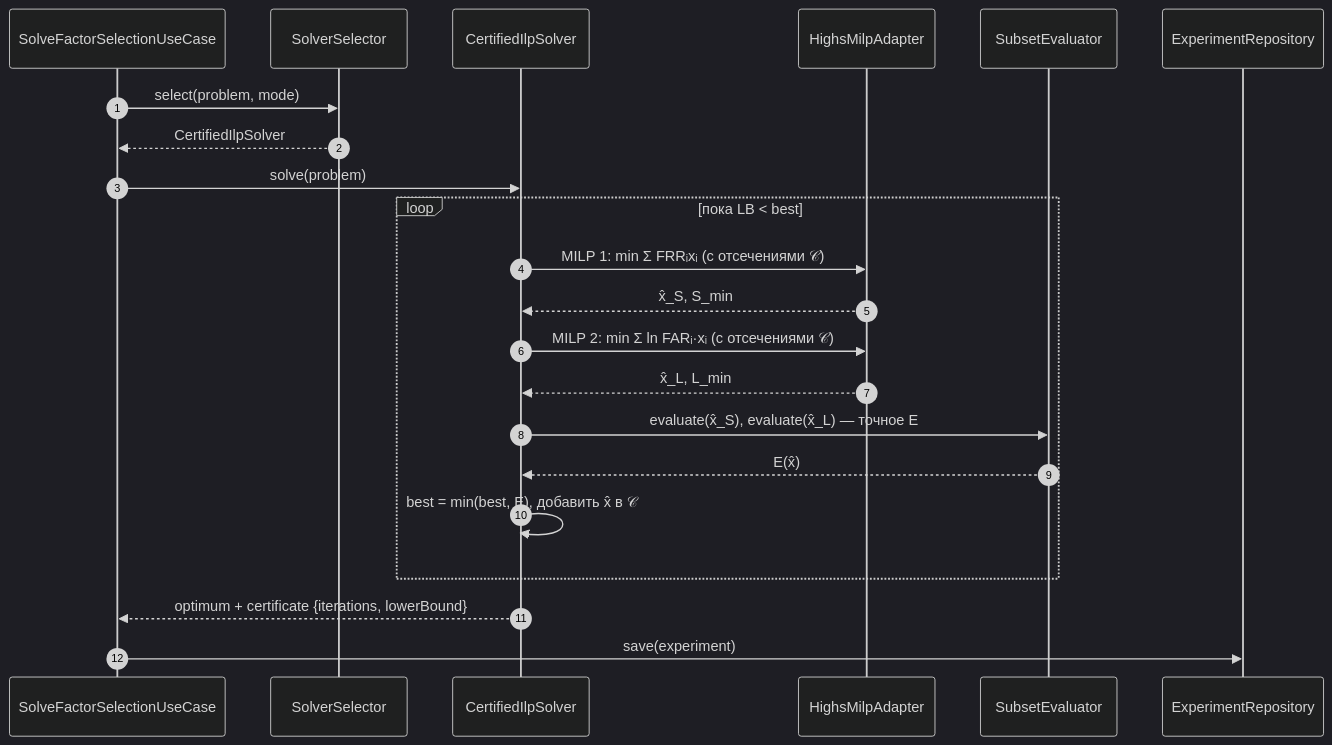
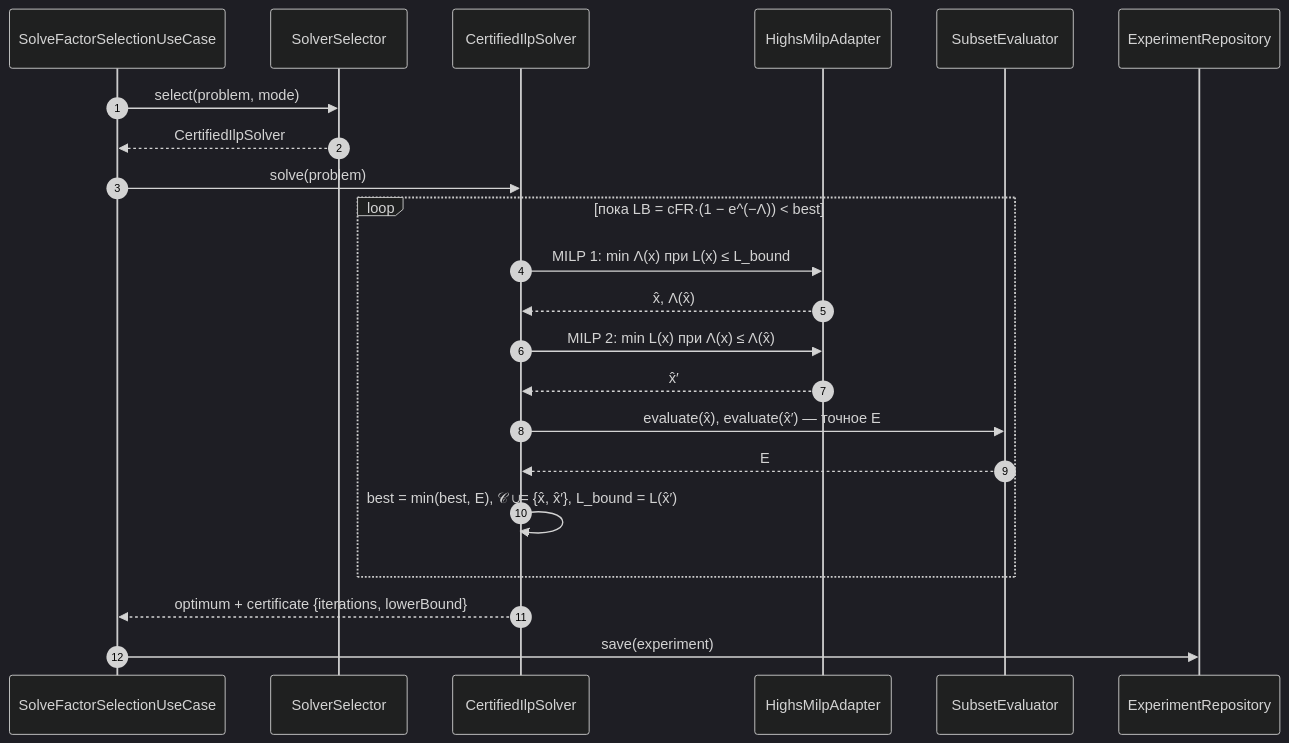
The eighth of 9 diagrams in docs/03-architecture.md (DcNi3L/bioauth-optimizer), drawn with Mermaid (dark theme) before and after one commit. The commit also changed other lines of this file and 16 other files, not shown here.

````diff
--- a/docs/03-architecture.md
+++ b/docs/03-architecture.md
@@ -309,24 +309,24 @@
 ```mermaid
 sequenceDiagram
   autonumber
   participant UC as SolveFactorSelectionUseCase
   participant SS as SolverSelector
   participant S as CertifiedIlpSolver
   participant M as HighsMilpAdapter
   participant E as SubsetEvaluator
   participant R as ExperimentRepository
   UC->>SS: select(problem, mode)
   SS-->>UC: CertifiedIlpSolver
   UC->>S: solve(problem)
-  loop пока LB < best
-    S->>M: MILP 1: min Σ FRRᵢxᵢ (с отсечениями 𝒞)
-    M-->>S: x̂_S, S_min
-    S->>M: MILP 2: min Σ ln FARᵢ·xᵢ (с отсечениями 𝒞)
-    M-->>S: x̂_L, L_min
-    S->>E: evaluate(x̂_S), evaluate(x̂_L) — точное E
-    E-->>S: E(x̂)
-    S->>S: best = min(best, E), добавить x̂ в 𝒞
+  loop пока LB = cFR·(1 − e^(−Λ)) < best
+    S->>M: MILP 1: min Λ(x) при L(x) ≤ L_bound
+    M-->>S: x̂, Λ(x̂)
+    S->>M: MILP 2: min L(x) при Λ(x) ≤ Λ(x̂)
+    M-->>S: x̂′
+    S->>E: evaluate(x̂), evaluate(x̂′) — точное E
+    E-->>S: E
+    S->>S: best = min(best, E), 𝒞 ∪= {x̂, x̂′}, L_bound = L(x̂′)
   end
   S-->>UC: optimum + certificate {iterations, lowerBound}
   UC->>R: save(experiment)
 ```
````
